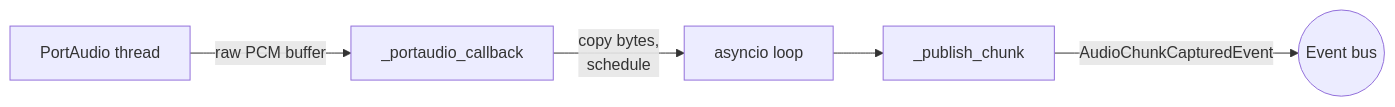
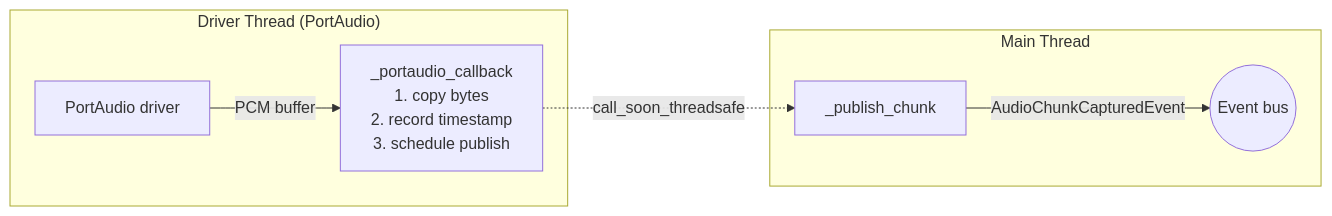
The second of 2 diagrams in docs/developer/features/capture.rst (rick12000/vocalance), drawn with Mermaid before and after one commit. The commit also changed other lines of this file and 30 other files, not shown here.

```diff
--- a/docs/developer/features/capture.rst
+++ b/docs/developer/features/capture.rst
@@ -90,7 +94,10 @@
 .. mermaid::
 
    flowchart LR
-       PA[PortAudio thread] -->|raw PCM buffer| CB[_portaudio_callback]
-       CB -->|copy bytes,<br/>schedule| Loop[asyncio loop]
-       Loop --> Pub[_publish_chunk]
-       Pub -->|AudioChunkCapturedEvent| Bus((Event bus))
+       subgraph Foreign["Driver Thread (PortAudio)"]
+           PA[PortAudio driver] -->|PCM buffer| CB[_portaudio_callback<br/>1. copy bytes<br/>2. record timestamp<br/>3. schedule publish]
+       end
+       subgraph Main["Main Thread"]
+           Pub[_publish_chunk] -->|AudioChunkCapturedEvent| Bus((Event bus))
+       end
+       CB -.->|call_soon_threadsafe| Pub
```
